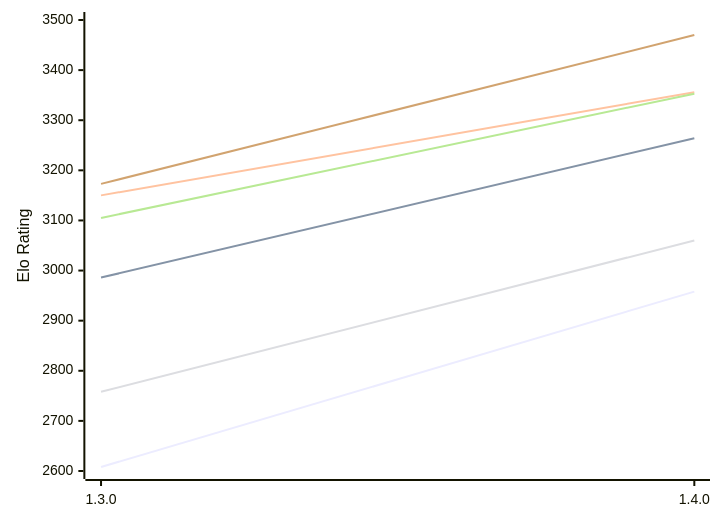
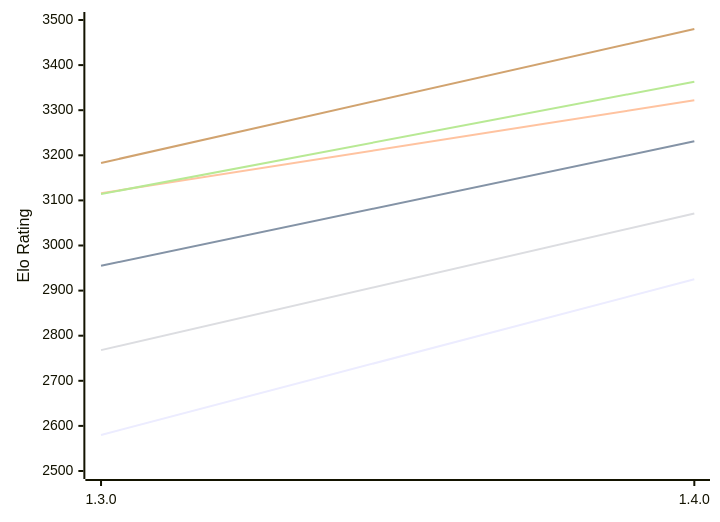
One commit to computer-chess-index/cci changed the first of 2 diagrams in engines/Ember.md. Above: the diagram before and after it, drawn with Mermaid. The commit also changed other lines of this file, not shown here.

Commit message:
Update CCI Ratings (ELO VLTC) - 2026-11-12

````diff
--- a/engines/Ember.md
+++ b/engines/Ember.md
@@ -51,12 +51,12 @@
 ```mermaid
 %%{init: {"theme":"base","themeVariables":{"seriesColors:['#a3a3a3','#222221','#faa371']}}}%%
 xychart-beta
   x-axis ["1.3.0", "1.4.0"]
-  y-axis "Elo Rating" 2600 --> 3500
-  line "E1: STC (8.0+0.08s)" [2608, 2958]
-  line "E1: LTC (60.0+0.60s)" [2986, 3264]
-  line "E1: VLTC (2m24s+1.12s)" [3150, 3356]
-  line "P1: STC (8.0+0.08s)" [2758, 3060]
-  line "P1: LTC (60.0+0.60s)" [3105, 3353]
-  line "P1: VLTC (2m24s+1.12s)" [3173, 3470]
+  y-axis "Elo Rating" 2500 --> 3500
+  line "E1: STC (8.0+0.08s)" [2580, 2925]
+  line "E1: LTC (60.0+0.60s)" [2955, 3231]
+  line "E1: VLTC (2m24s+1.12s)" [3116, 3322]
+  line "P1: STC (8.0+0.08s)" [2768, 3071]
+  line "P1: LTC (60.0+0.60s)" [3114, 3363]
+  line "P1: VLTC (2m24s+1.12s)" [3183, 3480]
 ```
````
